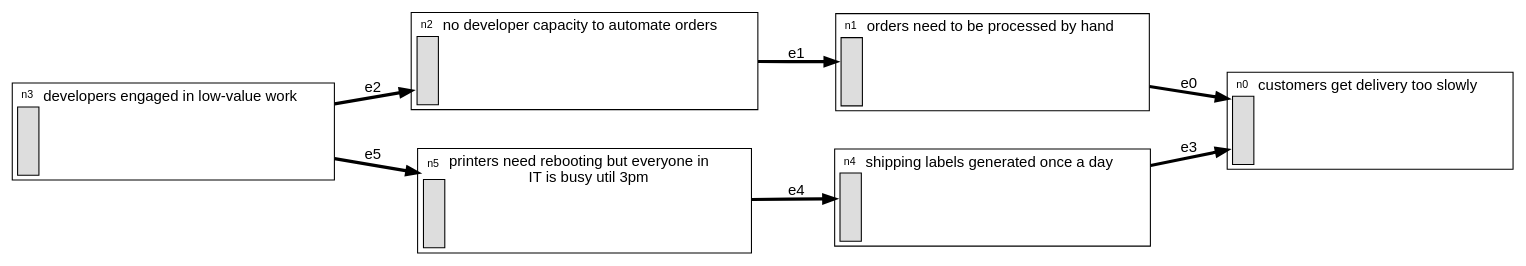
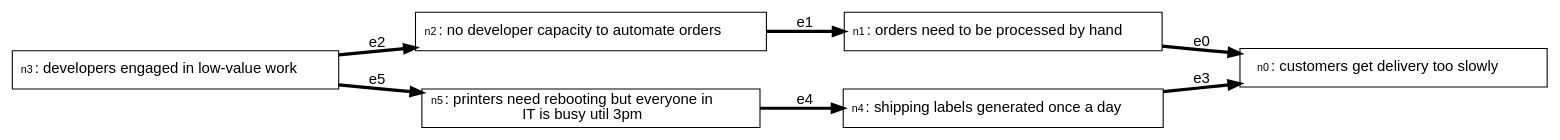
Before and after one commit to stevecooperorg/microdot: the diagram in examples/business_example_1.dot, drawn with Graphviz. The commit also changed 20 other files, not shown here.

```diff
--- a/examples/business_example_1.dot
+++ b/examples/business_example_1.dot
@@ -1,129 +1,57 @@
 digraph {
 
     graph [fontname = "helvetica" rankdir="LR" ranksep=0.75 nodesep=0.5];
-    node [fontname = "helvetica" shape = "plain"];
+    node [fontname = "helvetica" shape = "box" width=4 style=filled];
     edge [fontname = "helvetica" penwidth=3 color="#000000"];
 
-    n0 [label=< <TABLE BORDER="1" CELLPADDING="0"  CELLBORDER="0" CELLSPACING="4">
-    <TR >
-        <TD width="20"><FONT POINT-SIZE="10">n0</FONT></TD>
-        <TD WIDTH="200" ROWSPAN="2" ALIGN="left" VALIGN="top">customers get delivery too slowly</TD>
+    n0 [label=< <TABLE BORDER="0" CELLPADDING="0" CELLSPACING="0">
+    <TR>
+        <TD COLSPAN="1"><FONT POINT-SIZE="10">n0</FONT>: customers get delivery too slowly</TD>
     </TR>
+    
+   </TABLE>
+> fillcolor="#FFFFFF"]
+    n1 [label=< <TABLE BORDER="0" CELLPADDING="0" CELLSPACING="0">
     <TR>
-        <TD HEIGHT="60" BGCOLOR="#dddddd" ROWSPAN="2" BORDER="1"></TD>
+        <TD COLSPAN="1"><FONT POINT-SIZE="10">n1</FONT>: orders need to be processed by hand</TD>
     </TR>
+    
+   </TABLE>
+> fillcolor="#FFFFFF"]
+    n2 [label=< <TABLE BORDER="0" CELLPADDING="0" CELLSPACING="0">
     <TR>
-        <TD HEIGHT="20">
-            <TABLE BORDER="0" CELLSPACING="0" CELLPADDING="0">
-                <TR>
-                    
-                    <TD></TD>
-                </TR>
-            </TABLE>
-        </TD>
+        <TD COLSPAN="1"><FONT POINT-SIZE="10">n2</FONT>: no developer capacity to automate orders</TD>
     </TR>
-</TABLE> >]
-    n1 [label=< <TABLE BORDER="1" CELLPADDING="0"  CELLBORDER="0" CELLSPACING="4">
-    <TR >
-        <TD width="20"><FONT POINT-SIZE="10">n1</FONT></TD>
-        <TD WIDTH="200" ROWSPAN="2" ALIGN="left" VALIGN="top">orders need to be processed by hand</TD>
+    
+   </TABLE>
+> fillcolor="#FFFFFF"]
+    n3 [label=< <TABLE BORDER="0" CELLPADDING="0" CELLSPACING="0">
+    <TR>
+        <TD COLSPAN="1"><FONT POINT-SIZE="10">n3</FONT>: developers engaged in low-value work</TD>
     </TR>
+    
+   </TABLE>
+> fillcolor="#FFFFFF"]
+    n4 [label=< <TABLE BORDER="0" CELLPADDING="0" CELLSPACING="0">
     <TR>
-        <TD HEIGHT="60" BGCOLOR="#dddddd" ROWSPAN="2" BORDER="1"></TD>
+        <TD COLSPAN="1"><FONT POINT-SIZE="10">n4</FONT>: shipping labels generated once a day</TD>
     </TR>
+    
+   </TABLE>
+> fillcolor="#FFFFFF"]
+    n5 [label=< <TABLE BORDER="0" CELLPADDING="0" CELLSPACING="0">
     <TR>
-        <TD HEIGHT="20">
-            <TABLE BORDER="0" CELLSPACING="0" CELLPADDING="0">
-                <TR>
-                    
-                    <TD></TD>
-                </TR>
-            </TABLE>
-        </TD>
+        <TD COLSPAN="1"><FONT POINT-SIZE="10">n5</FONT>: printers need rebooting but everyone in<br/>IT is busy util 3pm</TD>
     </TR>
-</TABLE> >]
-    n2 [label=< <TABLE BORDER="1" CELLPADDING="0"  CELLBORDER="0" CELLSPACING="4">
-    <TR >
-        <TD width="20"><FONT POINT-SIZE="10">n2</FONT></TD>
-        <TD WIDTH="200" ROWSPAN="2" ALIGN="left" VALIGN="top">no developer capacity to automate orders</TD>
-    </TR>
-    <TR>
-        <TD HEIGHT="60" BGCOLOR="#dddddd" ROWSPAN="2" BORDER="1"></TD>
-    </TR>
-    <TR>
-        <TD HEIGHT="20">
-            <TABLE BORDER="0" CELLSPACING="0" CELLPADDING="0">
-                <TR>
-                    
-                    <TD></TD>
-                </TR>
-            </TABLE>
-        </TD>
-    </TR>
-</TABLE> >]
-    n3 [label=< <TABLE BORDER="1" CELLPADDING="0"  CELLBORDER="0" CELLSPACING="4">
-    <TR >
-        <TD width="20"><FONT POINT-SIZE="10">n3</FONT></TD>
-        <TD WIDTH="200" ROWSPAN="2" ALIGN="left" VALIGN="top">developers engaged in low-value work</TD>
-    </TR>
-    <TR>
-        <TD HEIGHT="60" BGCOLOR="#dddddd" ROWSPAN="2" BORDER="1"></TD>
-    </TR>
-    <TR>
-        <TD HEIGHT="20">
-            <TABLE BORDER="0" CELLSPACING="0" CELLPADDING="0">
-                <TR>
-                    
-                    <TD></TD>
-                </TR>
-            </TABLE>
-        </TD>
-    </TR>
-</TABLE> >]
-    n4 [label=< <TABLE BORDER="1" CELLPADDING="0"  CELLBORDER="0" CELLSPACING="4">
-    <TR >
-        <TD width="20"><FONT POINT-SIZE="10">n4</FONT></TD>
-        <TD WIDTH="200" ROWSPAN="2" ALIGN="left" VALIGN="top">shipping labels generated once a day</TD>
-    </TR>
-    <TR>
-        <TD HEIGHT="60" BGCOLOR="#dddddd" ROWSPAN="2" BORDER="1"></TD>
-    </TR>
-    <TR>
-        <TD HEIGHT="20">
-            <TABLE BORDER="0" CELLSPACING="0" CELLPADDING="0">
-                <TR>
-                    
-                    <TD></TD>
-                </TR>
-            </TABLE>
-        </TD>
-    </TR>
-</TABLE> >]
-    n5 [label=< <TABLE BORDER="1" CELLPADDING="0"  CELLBORDER="0" CELLSPACING="4">
-    <TR >
-        <TD width="20"><FONT POINT-SIZE="10">n5</FONT></TD>
-        <TD WIDTH="200" ROWSPAN="2" ALIGN="left" VALIGN="top">printers need rebooting but everyone in<br/>IT is busy util 3pm</TD>
-    </TR>
-    <TR>
-        <TD HEIGHT="60" BGCOLOR="#dddddd" ROWSPAN="2" BORDER="1"></TD>
-    </TR>
-    <TR>
-        <TD HEIGHT="20">
-            <TABLE BORDER="0" CELLSPACING="0" CELLPADDING="0">
-                <TR>
-                    
-                    <TD></TD>
-                </TR>
-            </TABLE>
-        </TD>
-    </TR>
-</TABLE> >]
+    
+   </TABLE>
+> fillcolor="#FFFFFF"]
 
     "n1" -> "n0" [label="e0"];
     "n2" -> "n1" [label="e1"];
     "n3" -> "n2" [label="e2"];
     "n4" -> "n0" [label="e3"];
     "n5" -> "n4" [label="e4"];
     "n3" -> "n5" [label="e5"];
 
 }
```
